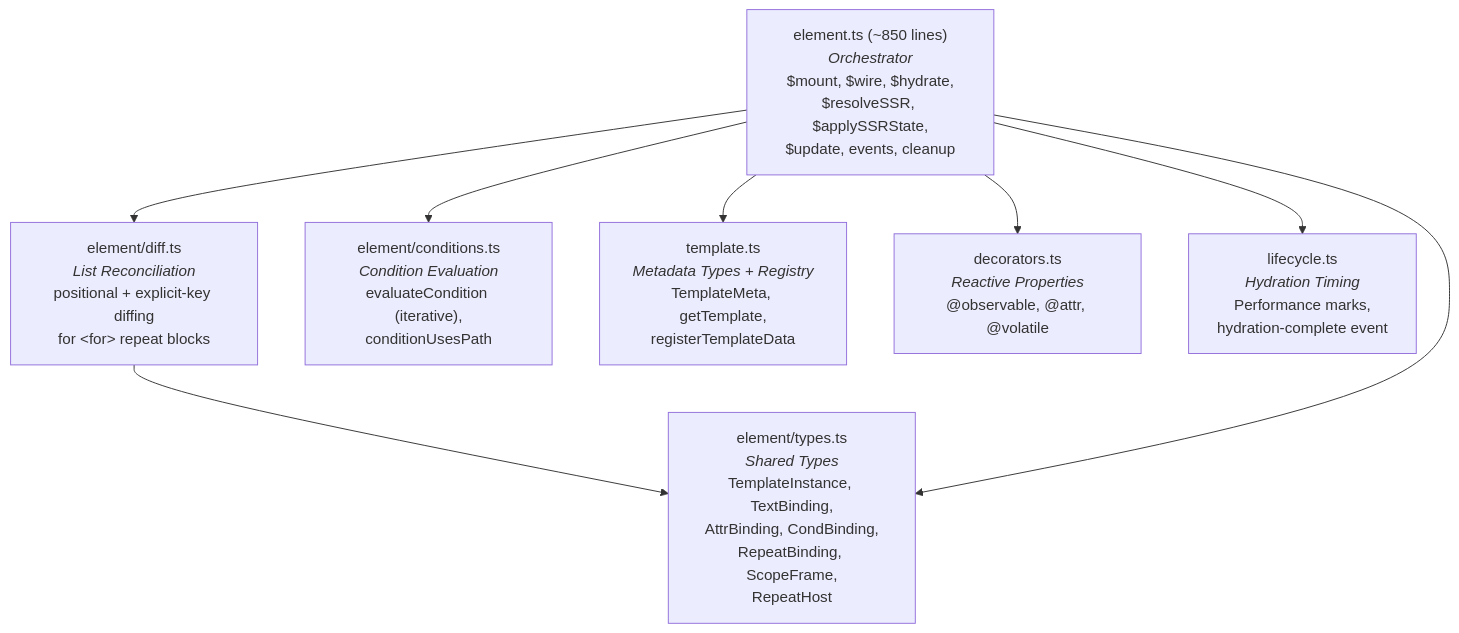
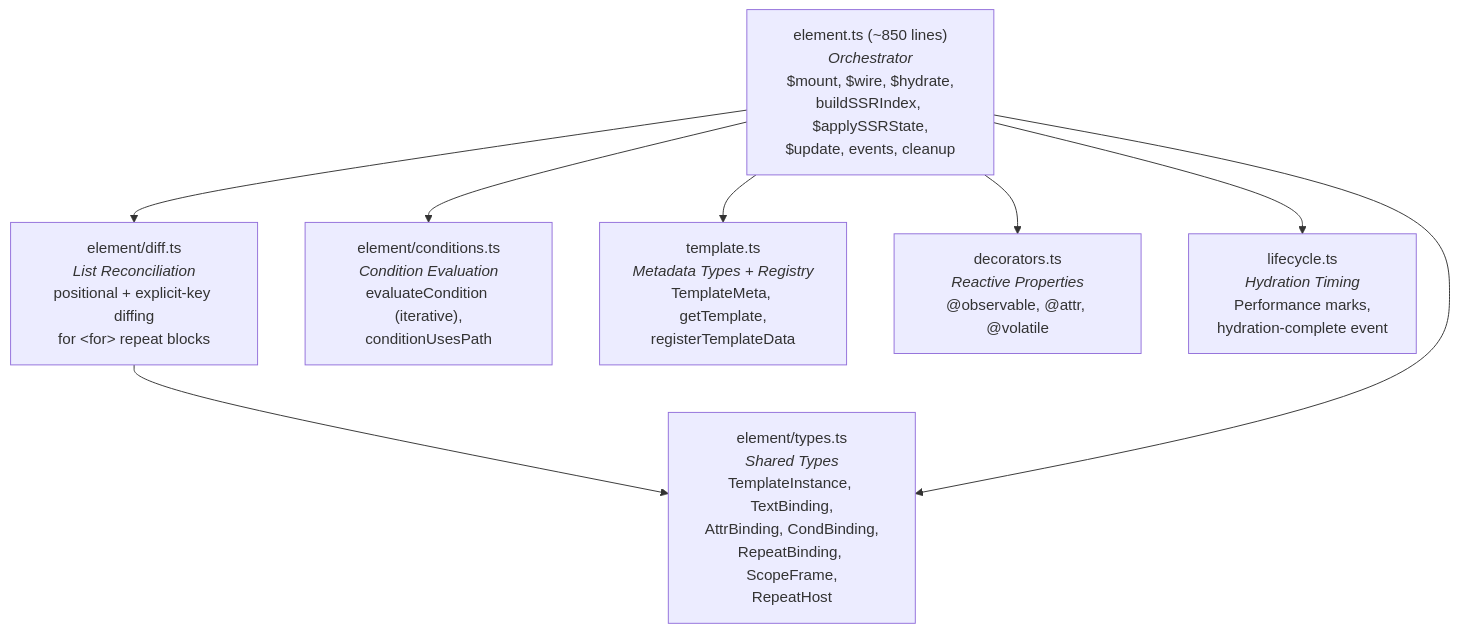
The second of 6 diagrams in packages/webui-framework/README.md (microsoft/webui), drawn with Mermaid before and after one commit. The commit also changed other lines of this file and 9 other files, not shown here.

````diff
--- a/packages/webui-framework/README.md
+++ b/packages/webui-framework/README.md
@@ -506,24 +506,24 @@
 ```mermaid
 graph TD
-    EL["element.ts (~850 lines)<br/><i>Orchestrator</i><br/>$mount, $wire, $hydrate,<br/>$resolveSSR, $applySSRState,<br/>$update, events, cleanup"]
+    EL["element.ts (~850 lines)<br/><i>Orchestrator</i><br/>$mount, $wire, $hydrate,<br/>buildSSRIndex, $applySSRState,<br/>$update, events, cleanup"]
 
     DIFF["element/diff.ts<br/><i>List Reconciliation</i><br/>positional + explicit-key diffing<br/>for &lt;for&gt; repeat blocks"]
 
     COND["element/conditions.ts<br/><i>Condition Evaluation</i><br/>evaluateCondition (iterative),<br/>conditionUsesPath"]
 
     TYPES["element/types.ts<br/><i>Shared Types</i><br/>TemplateInstance, TextBinding,<br/>AttrBinding, CondBinding,<br/>RepeatBinding, ScopeFrame,<br/>RepeatHost"]
 
     TMPL["template.ts<br/><i>Metadata Types + Registry</i><br/>TemplateMeta, getTemplate,<br/>registerTemplateData"]
 
     DEC["decorators.ts<br/><i>Reactive Properties</i><br/>@observable, @attr, @volatile"]
 
     LIFE["lifecycle.ts<br/><i>Hydration Timing</i><br/>Performance marks,<br/>hydration-complete event"]
 
     EL --> DIFF
     EL --> COND
     EL --> TMPL
     EL --> DEC
     EL --> LIFE
     DIFF --> TYPES
     EL --> TYPES
 ```
````
